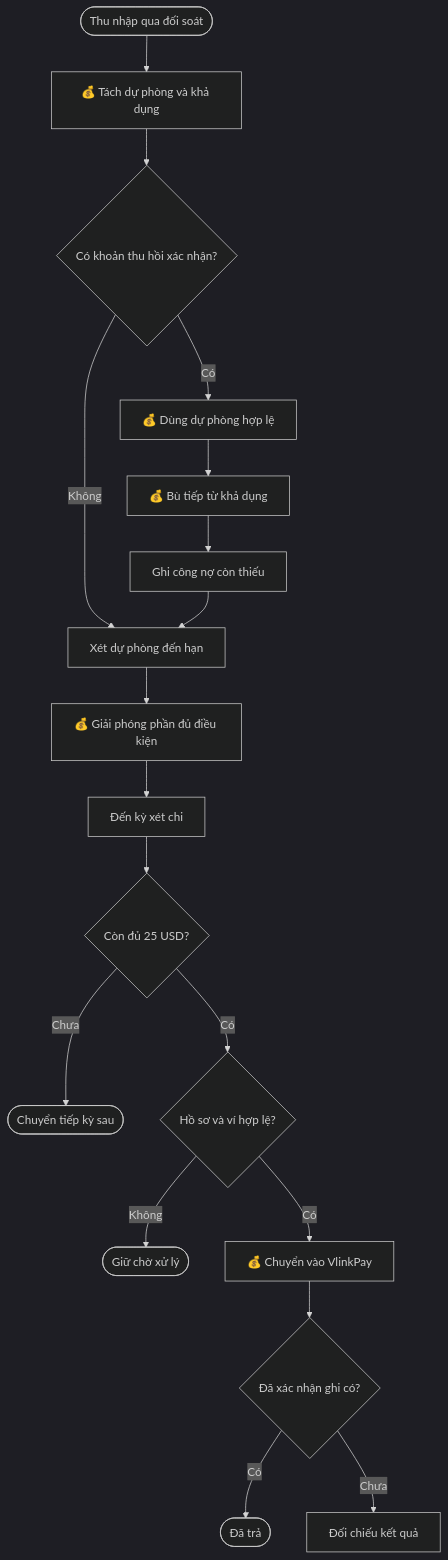
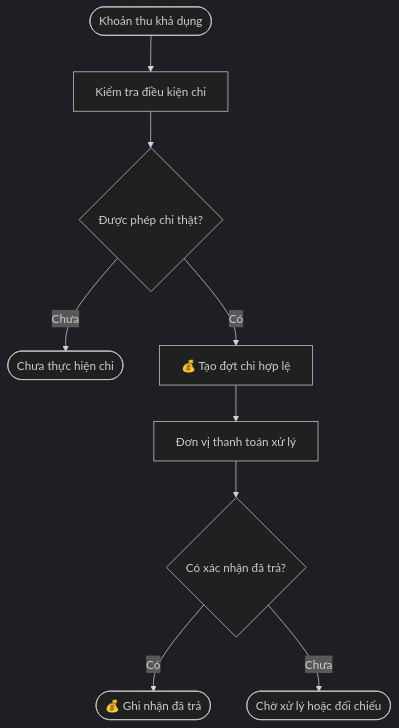
One commit to maivtn/taxiq changed the third of 5 diagrams in docs/business/business-oneqr-earnings.md. Above: the diagram before and after it, drawn with Mermaid (dark theme). The commit also changed other lines of this file, not shown here.

````diff
--- a/docs/business/business-oneqr-earnings.md
+++ b/docs/business/business-oneqr-earnings.md
@@ -158,20 +169,11 @@
 ```mermaid
 flowchart TD
-    A([Thu nhập qua đối soát]) --> B[💰 Tách dự phòng và khả dụng]
-    B --> C{Có khoản thu hồi xác nhận?}
-    C -- Có --> D[💰 Dùng dự phòng hợp lệ]
-    D --> E[💰 Bù tiếp từ khả dụng]
-    E --> F[Ghi công nợ còn thiếu]
-    C -- Không --> G[Xét dự phòng đến hạn]
-    F --> G
-    G --> H[💰 Giải phóng phần đủ điều kiện]
-    H --> I[Đến kỳ xét chi]
-    I --> J{Còn đủ 25 USD?}
-    J -- Chưa --> K([Chuyển tiếp kỳ sau])
-    J -- Có --> L{Hồ sơ và ví hợp lệ?}
-    L -- Không --> M([Giữ chờ xử lý])
-    L -- Có --> N[💰 Chuyển vào VlinkPay]
-    N --> O{Đã xác nhận ghi có?}
-    O -- Có --> P([Đã trả])
-    O -- Chưa --> Q[Đối chiếu kết quả]
+    A([Khoản thu khả dụng]) --> B[Kiểm tra điều kiện chi]
+    B --> C{Được phép chi thật?}
+    C -- Chưa --> D([Chưa thực hiện chi])
+    C -- Có --> E[💰 Tạo đợt chi hợp lệ]
+    E --> F[Đơn vị thanh toán xử lý]
+    F --> G{Có xác nhận đã trả?}
+    G -- Có --> H([💰 Ghi nhận đã trả])
+    G -- Chưa --> I([Chờ xử lý hoặc đối chiếu])
 ```
````
